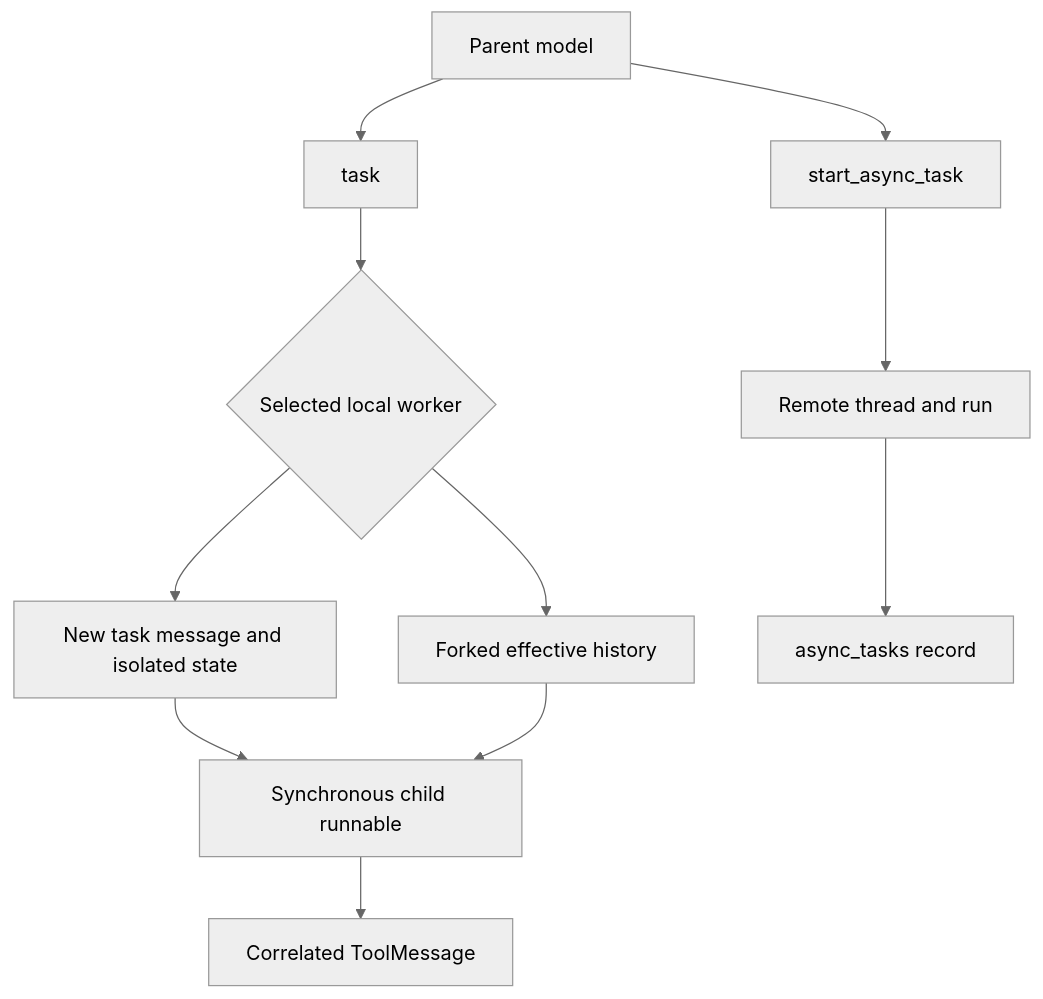
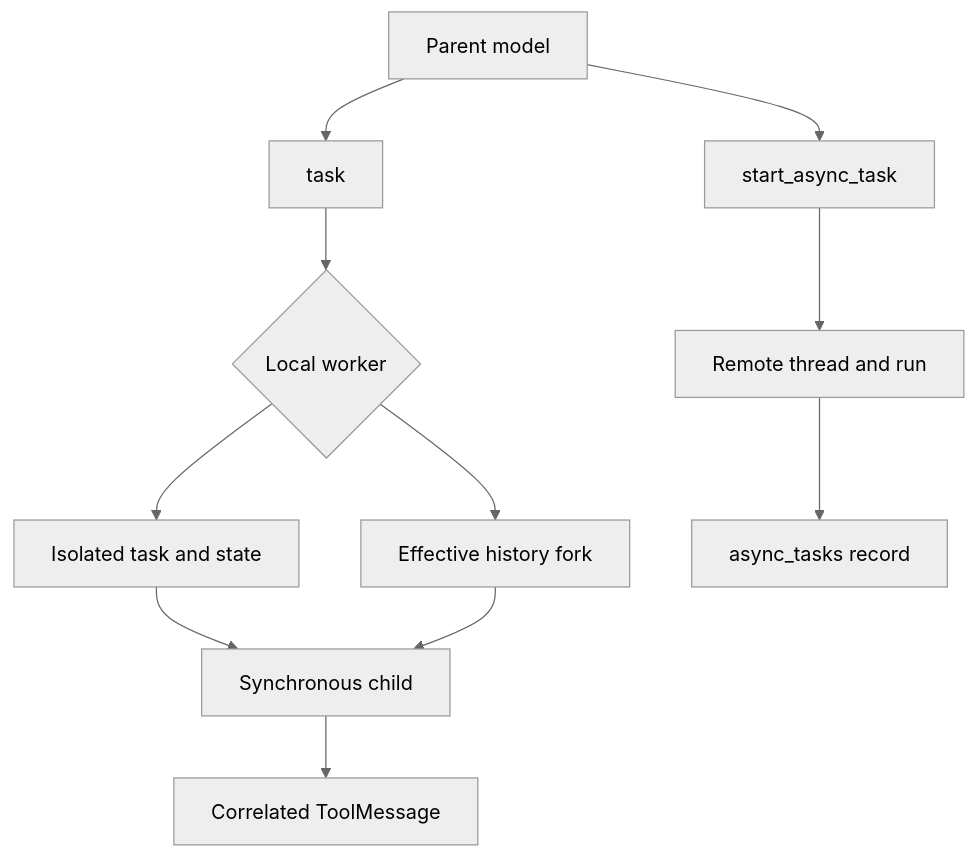
The first of 4 diagrams in openwiki/concepts/subagents-skills.md (langchain-ai/deepagents), drawn with Mermaid (neutral theme) before and after one commit. The commit also changed other lines of this file and 35 other files, not shown here.

````diff
--- a/openwiki/concepts/subagents-skills.md
+++ b/openwiki/concepts/subagents-skills.md
@@ -41,13 +41,13 @@
 ```mermaid
 flowchart TD
-    Parent["Parent model"] --> Task["task"]
-    Task --> Select{"Selected local worker"}
-    Select --> Isolated["New task message and isolated state"]
-    Select --> Fork["Forked effective history"]
-    Isolated --> Child["Synchronous child runnable"]
+    Parent["Parent model"] --> Local["task"]
+    Local --> Select{"Local worker"}
+    Select --> Isolated["Isolated task and state"]
+    Select --> Fork["Effective history fork"]
+    Isolated --> Child["Synchronous child"]
     Fork --> Child
     Child --> Reply["Correlated ToolMessage"]
     Parent --> Start["start_async_task"]
     Start --> Remote["Remote thread and run"]
-    Remote --> Stored["async_tasks record"]
+    Remote --> Record["async_tasks record"]
 ```
````
